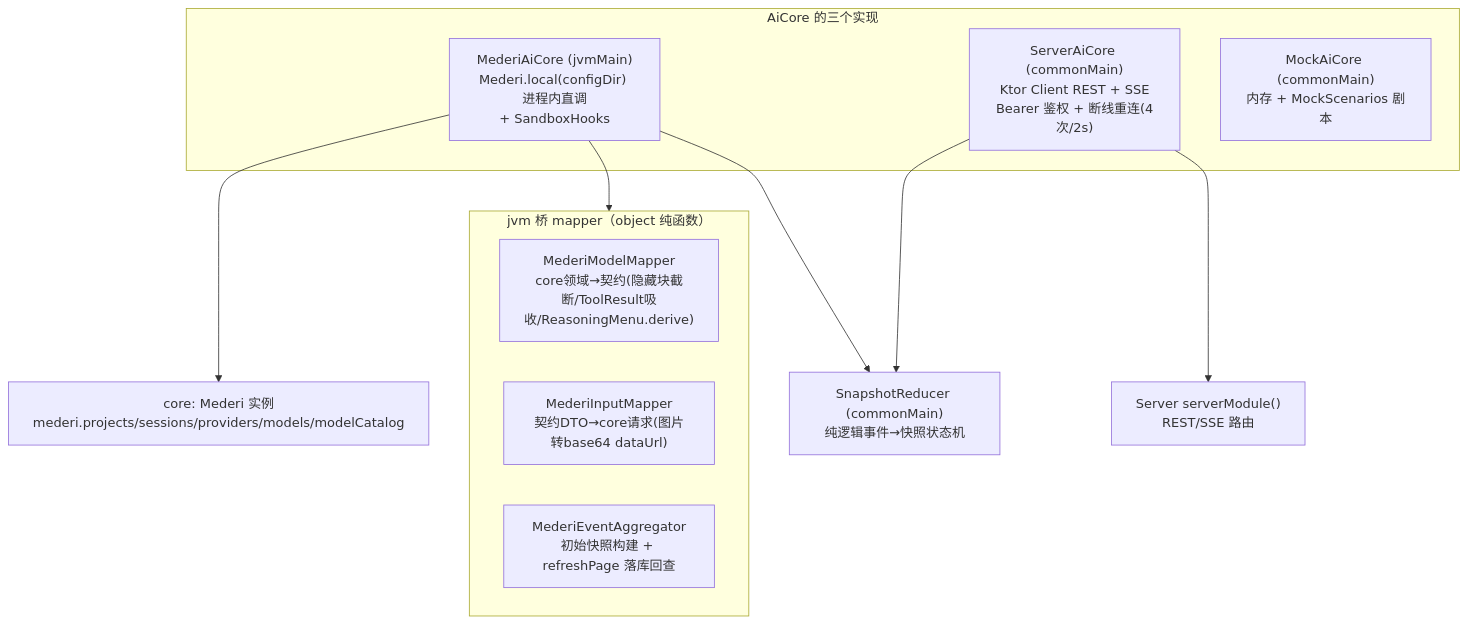
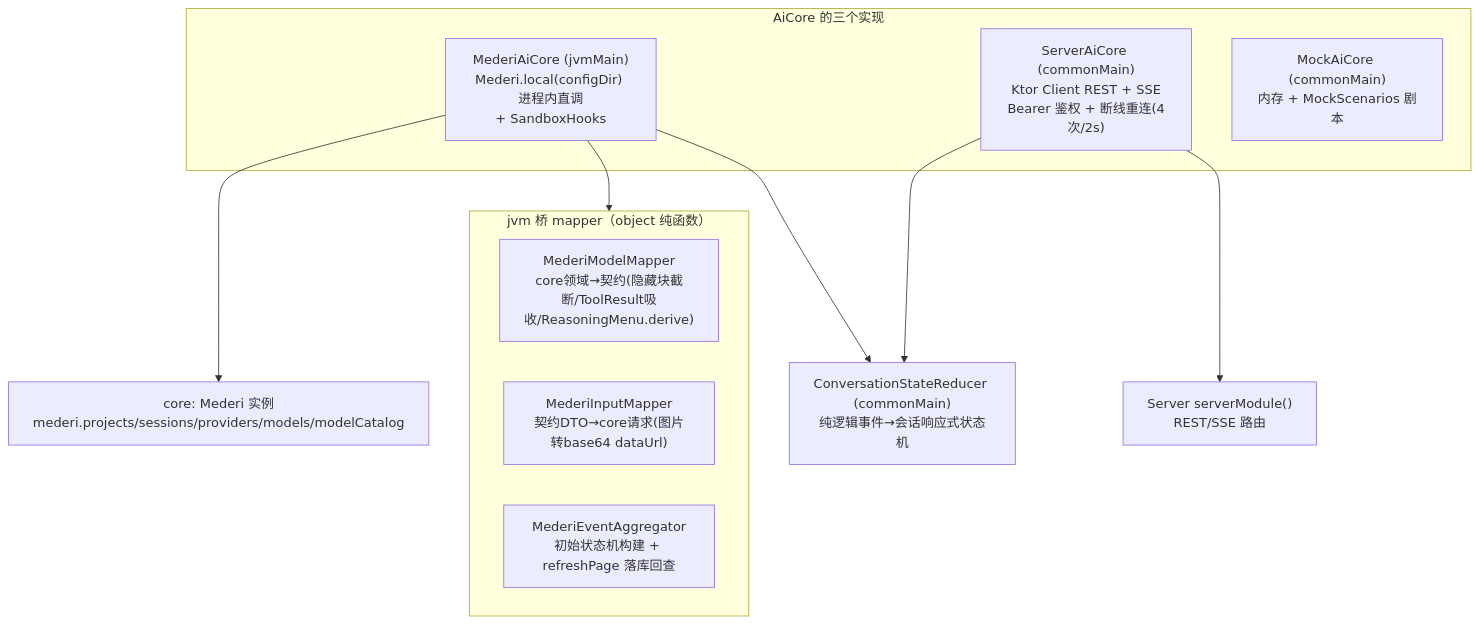
Before and after one commit to lzdev42/mederi: the first of 4 diagrams in docs/architecture/02-app-shared.md, drawn with Mermaid. The commit also changed other lines of this file and 131 other files, not shown here.

````diff
--- a/docs/architecture/02-app-shared.md
+++ b/docs/architecture/02-app-shared.md
@@ -214,21 +217,21 @@
 ```mermaid
 flowchart TB
     subgraph impls["AiCore 的三个实现"]
         MAC["MederiAiCore (jvmMain)<br/>Mederi.local(configDir) 进程内直调<br/>+ SandboxHooks"]
         SAC["ServerAiCore (commonMain)<br/>Ktor Client REST + SSE<br/>Bearer 鉴权 + 断线重连(4次/2s)"]
         MOCK["MockAiCore (commonMain)<br/>内存 + MockScenarios 剧本"]
     end
     CORE["core: Mederi 实例<br/>mederi.projects/sessions/providers/models/modelCatalog"]
     RS["Server serverModule()<br/>REST/SSE 路由"]
     subgraph mappers["jvm 桥 mapper（object 纯函数）"]
         MM["MederiModelMapper<br/>core领域→契约(隐藏块截断/ToolResult吸收/ReasoningMenu.derive)"]
         MI["MederiInputMapper<br/>契约DTO→core请求(图片转base64 dataUrl)"]
-        EA["MederiEventAggregator<br/>初始快照构建 + refreshPage 落库回查"]
+        EA["MederiEventAggregator<br/>初始状态机构建 + refreshPage 落库回查"]
     end
-    REDUCER["SnapshotReducer (commonMain)<br/>纯逻辑事件→快照状态机"]
+    REDUCER["ConversationStateReducer (commonMain)<br/>纯逻辑事件→会话响应式状态机"]
     MAC --> CORE
     MAC --> mappers
     SAC --> RS
     SAC --> REDUCER
     MAC --> REDUCER
 ```
````
